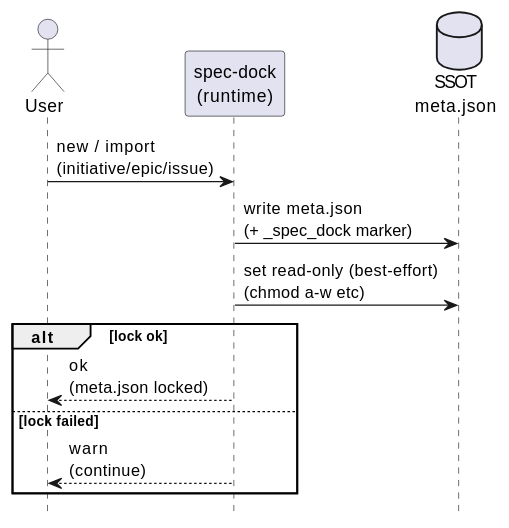
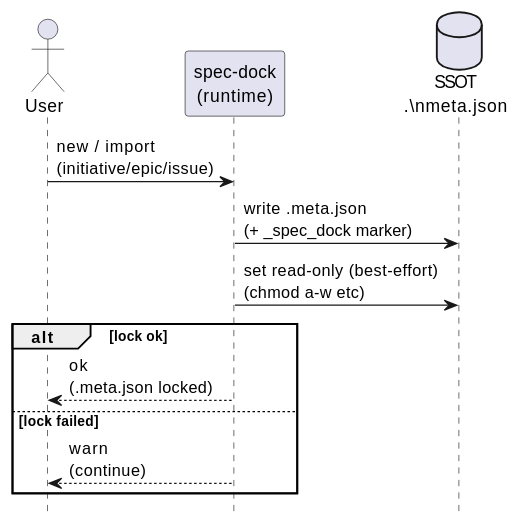
One commit to chemitaro/spec-dock changed the diagram in spec-deps/current/requirement.md. Above: the diagram before and after it, drawn with PlantUML. The commit also changed other lines of this file and 5 other files, not shown here.

First line of the commit message:
docs(spec-deps): SSOTメタを .meta.json に統一

````diff
--- a/spec-deps/current/requirement.md
+++ b/spec-deps/current/requirement.md
@@ -55,19 +60,19 @@
 ```plantuml
 @startuml
 hide footbox
 skinparam shadowing false
 
 actor User
 participant "spec-dock\n(runtime)" as Script
-database "SSOT\nmeta.json" as Meta
+database "SSOT\n.\\nmeta.json" as Meta
 
 User -> Script: new / import\n(initiative/epic/issue)
-Script -> Meta: write meta.json\n(+ _spec_dock marker)
+Script -> Meta: write .meta.json\n(+ _spec_dock marker)
 Script -> Meta: set read-only (best-effort)\n(chmod a-w etc)
 alt lock ok
-  Script --> User: ok\n(meta.json locked)
+  Script --> User: ok\n(.meta.json locked)
 else lock failed
   Script --> User: warn\n(continue)
 end
 @enduml
 ```
````
